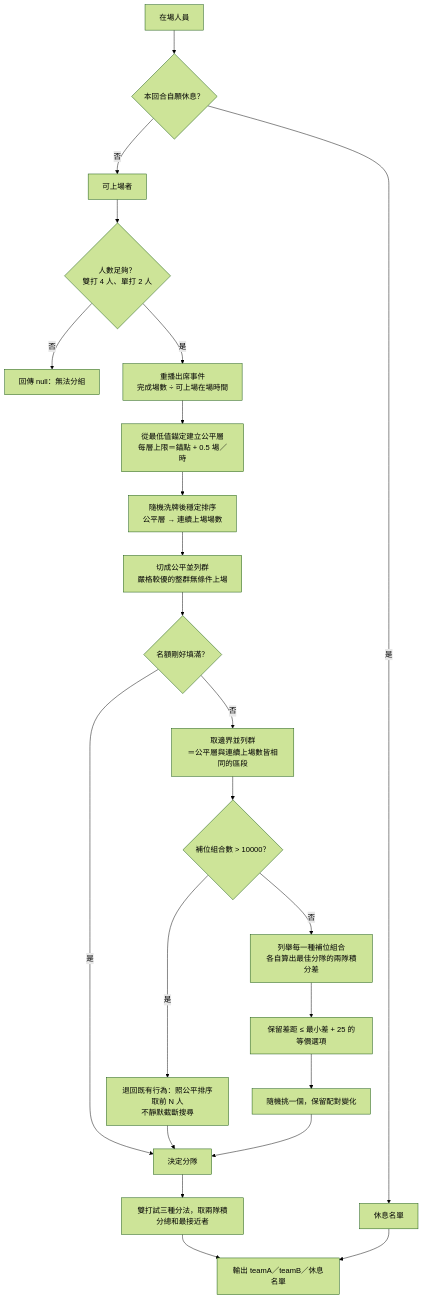
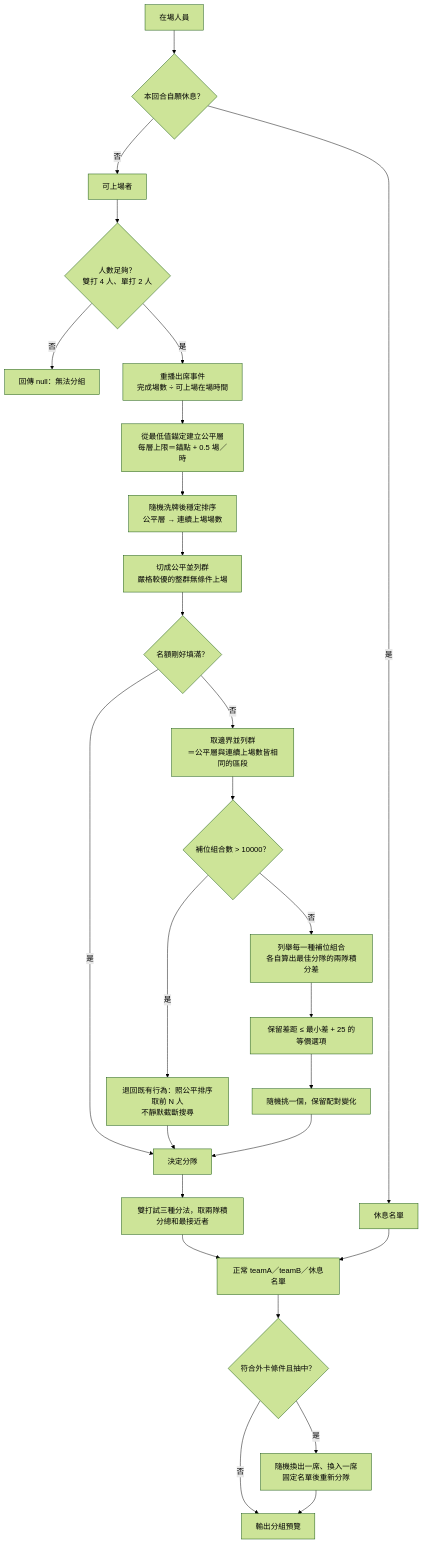
Before and after one commit to CReticulata/badminton-matcher: the diagram in README.md, drawn with Mermaid (forest theme). The commit also changed other lines of this file, not shown here.

````diff
--- a/README.md
+++ b/README.md
@@ -27,25 +47,29 @@
 ```mermaid
 flowchart TD
     A["在場人員"] --> B{"本回合自願休息？"}
     B -- 是 --> REST["休息名單"]
     B -- 否 --> C["可上場者"]
     C --> D{"人數足夠？<br/>雙打 4 人、單打 2 人"}
     D -- 否 --> NIL["回傳 null：無法分組"]
     D -- 是 --> E["重播出席事件<br/>完成場數 ÷ 可上場在場時間"]
     E --> F["從最低值錨定建立公平層<br/>每層上限＝錨點 + 0.5 場／時"]
     F --> G["隨機洗牌後穩定排序<br/>公平層 → 連續上場場數"]
     G --> H["切成公平並列群<br/>嚴格較優的整群無條件上場"]
     H --> Q{"名額剛好填滿？"}
     Q -- 是 --> SPLIT["決定分隊"]
     Q -- 否 --> I["取邊界並列群<br/>＝公平層與連續上場數皆相同的區段"]
     I --> J{"補位組合數 > 10000？"}
     J -- 是 --> K["退回既有行為：照公平排序取前 N 人<br/>不靜默截斷搜尋"]
     K --> SPLIT
     J -- 否 --> L["列舉每一種補位組合<br/>各自算出最佳分隊的兩隊積分差"]
     L --> M["保留差距 ≤ 最小差 + 25 的等價選項"]
     M --> N["隨機挑一個，保留配對變化"]
     N --> SPLIT
     SPLIT --> O["雙打試三種分法，取兩隊積分總和最接近者"]
-    O --> P["輸出 teamA／teamB／休息名單"]
+    O --> P["正常 teamA／teamB／休息名單"]
     REST --> P
+    P --> W{"符合外卡條件且抽中？"}
+    W -- 否 --> OUT["輸出分組預覽"]
+    W -- 是 --> X["隨機換出一席、換入一席<br/>固定名單後重新分隊"]
+    X --> OUT
 ```
````
